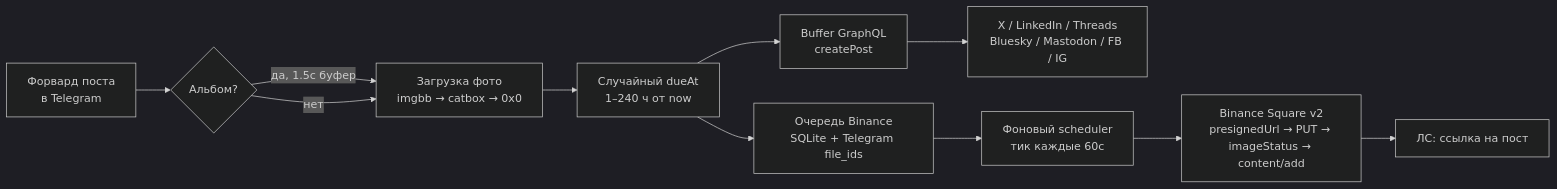
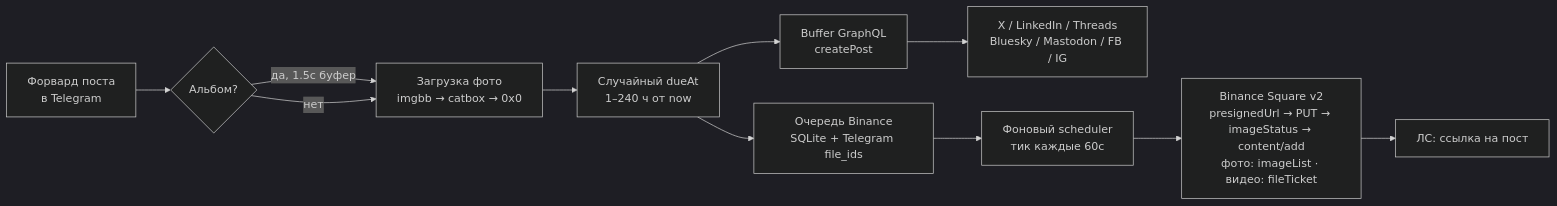
Before and after one commit to SMOService/buffer-poster-bot: the diagram in README.ru.md, drawn with Mermaid (dark theme). The commit also changed other lines of this file and 18 other files, not shown here.

First line of the commit message:
release(v3.0.0): video posts on Binance Square + reliability sync from upstream

````diff
--- a/README.ru.md
+++ b/README.ru.md
@@ -32,13 +32,13 @@
 ```mermaid
 flowchart LR
     A[Форвард поста<br/>в Telegram] --> B{Альбом?}
     B -- да, 1.5с буфер --> C[Загрузка фото<br/>imgbb → catbox → 0x0]
     B -- нет --> C
     C --> D[Случайный dueAt<br/>1–240 ч от now]
     D --> E[Buffer GraphQL<br/>createPost]
     D --> F[Очередь Binance<br/>SQLite + Telegram file_ids]
     E --> G[X / LinkedIn / Threads<br/>Bluesky / Mastodon / FB / IG]
     F --> H[Фоновый scheduler<br/>тик каждые 60с]
-    H --> I[Binance Square v2<br/>presignedUrl → PUT → imageStatus → content/add]
+    H --> I[Binance Square v2<br/>presignedUrl → PUT → imageStatus → content/add<br/>фото: imageList · видео: fileTicket]
     I --> J[ЛС: ссылка на пост]
 ```
````
